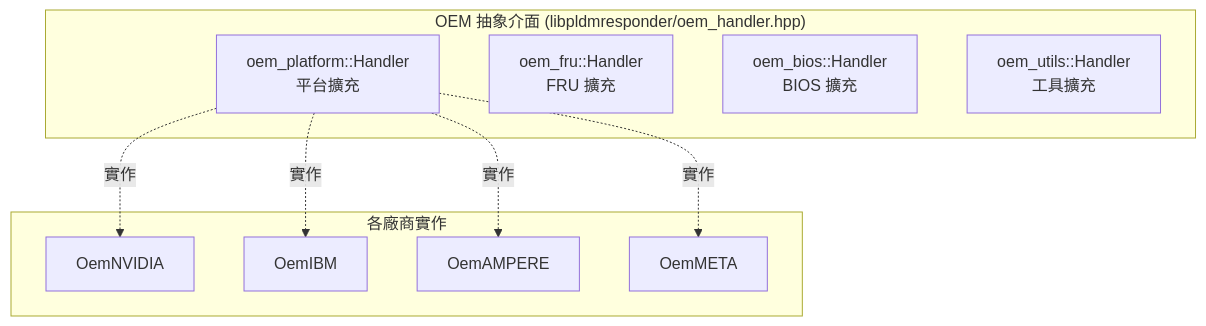
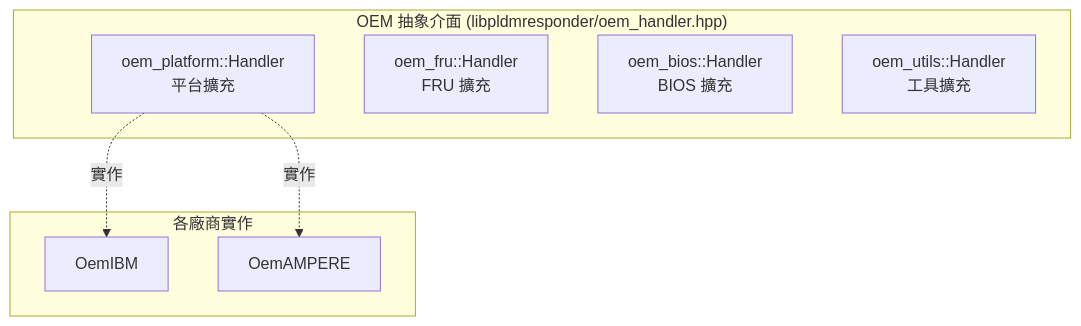
One commit to chilung-cgu/bmc-firmware-knowledge-base changed the diagram in pldm/OEMExtension.md. Above: the diagram before and after it, drawn with Mermaid. The commit also changed other lines of this file and 15 other files, not shown here.

````diff
--- a/pldm/OEMExtension.md
+++ b/pldm/OEMExtension.md
@@ -20,21 +21,17 @@
 ```mermaid
 graph TB
     subgraph Interfaces["OEM 抽象介面 (libpldmresponder/oem_handler.hpp)"]
         OemPlatform["oem_platform::Handler<br/>平台擴充"]
         OemFru["oem_fru::Handler<br/>FRU 擴充"]
         OemBios["oem_bios::Handler<br/>BIOS 擴充"]
         OemUtils["oem_utils::Handler<br/>工具擴充"]
     end
 
     subgraph Implementations["各廠商實作"]
-        NVIDIA["OemNVIDIA"]
         IBM["OemIBM"]
         Ampere["OemAMPERE"]
-        Meta["OemMETA"]
     end
 
-    OemPlatform -.->|"實作"| NVIDIA
     OemPlatform -.->|"實作"| IBM
     OemPlatform -.->|"實作"| Ampere
-    OemPlatform -.->|"實作"| Meta
 ```
````
